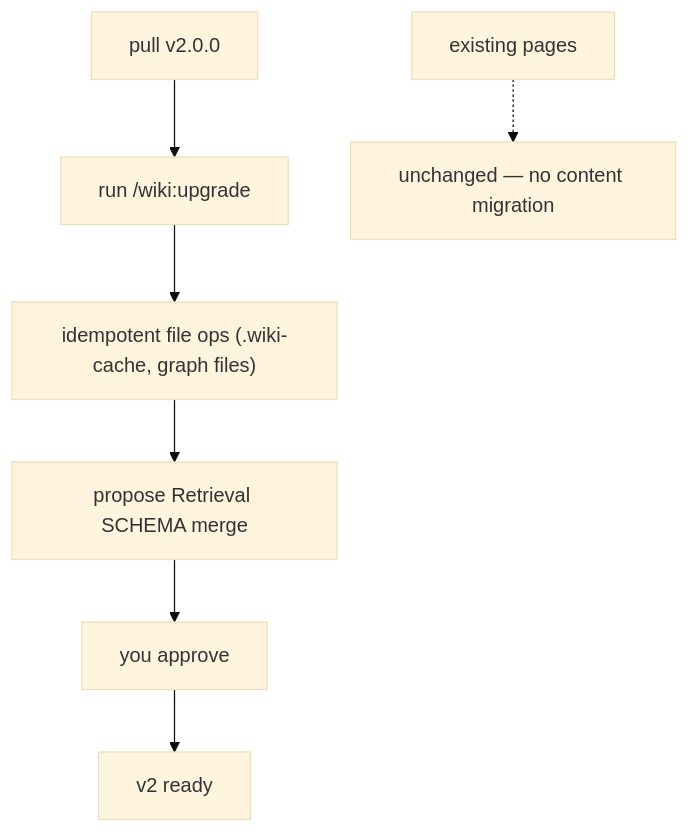
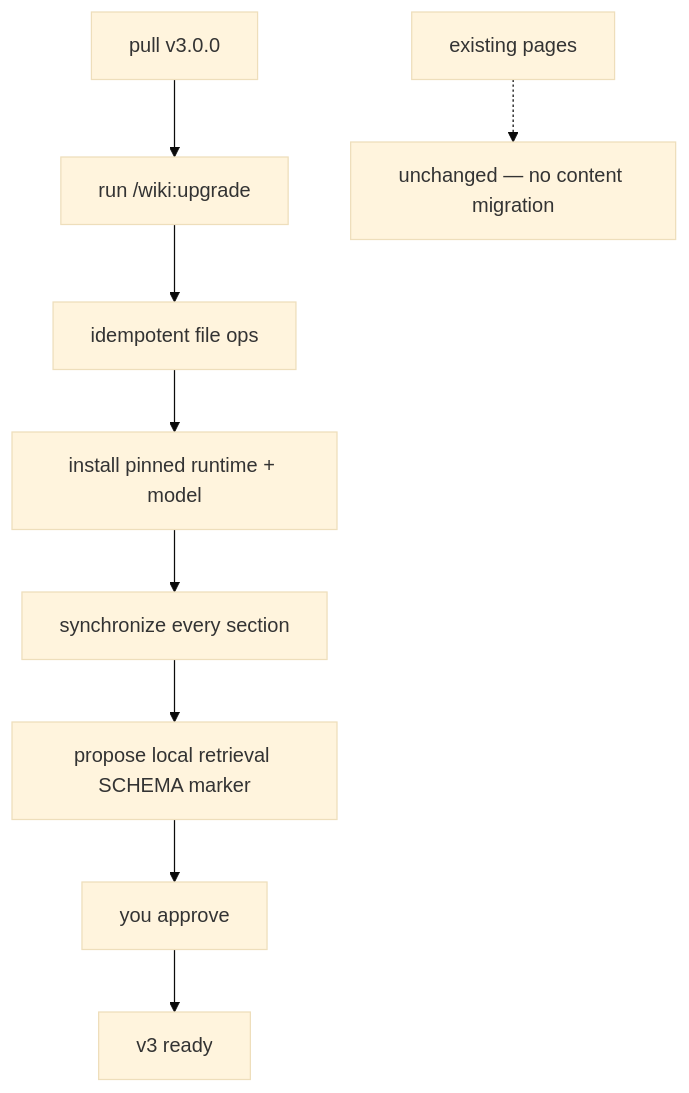
The diagram in docs/upgrade.md (praneybehl/llm-wiki-plugin), drawn with Mermaid (base theme) before and after one commit. The commit also changed other lines of this file and 45 other files, not shown here.

Commit message:
feat: ship local-first LLM Wiki v3 retrieval

````diff
--- a/docs/upgrade.md
+++ b/docs/upgrade.md
@@ -16,9 +16,11 @@
 ```mermaid
 flowchart TD
-  pull["pull v2.0.0"] --> run["run /wiki:upgrade"]
-  run --> files["idempotent file ops (.wiki-cache, graph files)"]
-  files --> schema["propose Retrieval SCHEMA merge"]
+  pull["pull v3.0.0"] --> run["run /wiki:upgrade"]
+  run --> files["idempotent file ops"]
+  files --> runtime["install pinned runtime + model"]
+  runtime --> embed["synchronize every section"]
+  embed --> schema["propose local retrieval SCHEMA marker"]
   schema --> approve["you approve"]
-  approve --> ready["v2 ready"]
+  approve --> ready["v3 ready"]
   pages["existing pages"] -.-> unchanged["unchanged — no content migration"]
 ```
````
